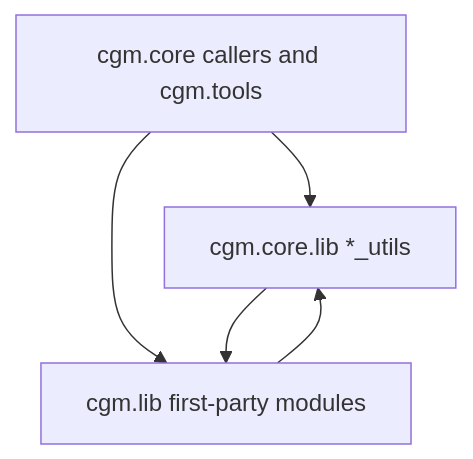
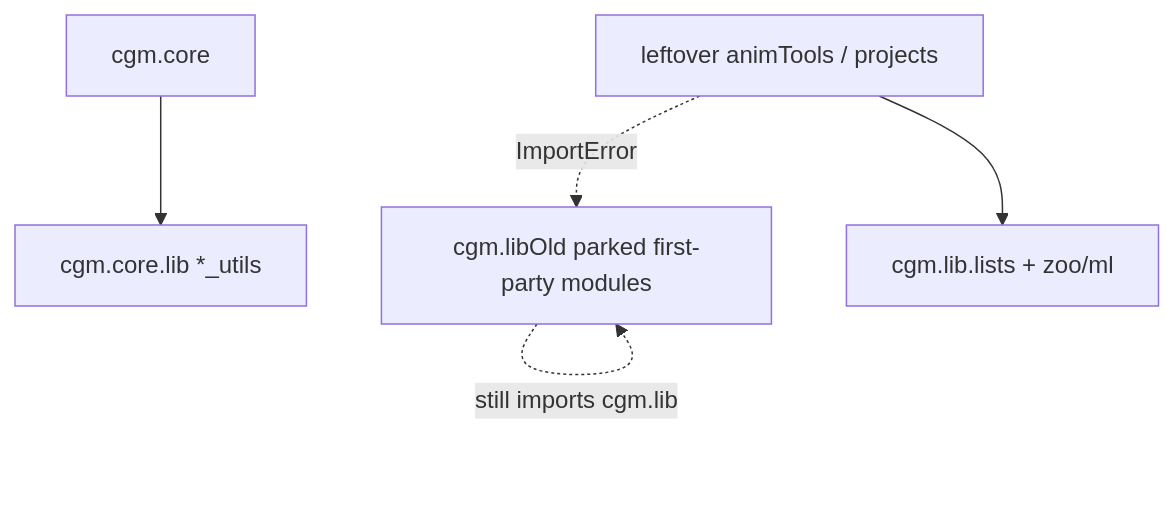
One commit to jjburton/cgmToolsDev changed the first of 2 diagrams in Features/Feature_LibToCore.md. Above: the diagram before and after it, drawn with Mermaid. The commit also changed other lines of this file and 10 other files, not shown here.

````diff
--- a/Features/Feature_LibToCore.md
+++ b/Features/Feature_LibToCore.md
@@ -62,10 +61,12 @@
 ```mermaid
 flowchart TD
-  callers[cgm.core callers and cgm.tools]
+  callers[cgm.core]
+  leftover[leftover animTools / projects]
   coreUtils["cgm.core.lib *_utils"]
-  oldLib["cgm.lib first-party modules"]
+  oldLib["cgm.libOld parked first-party modules"]
+  shim["cgm.lib.lists + zoo/ml"]
   callers --> coreUtils
-  callers --> oldLib
-  coreUtils --> oldLib
-  oldLib --> coreUtils
+  leftover -.->|ImportError| oldLib
+  leftover --> shim
+  oldLib -.->|still imports cgm.lib| oldLib
 ```
````
